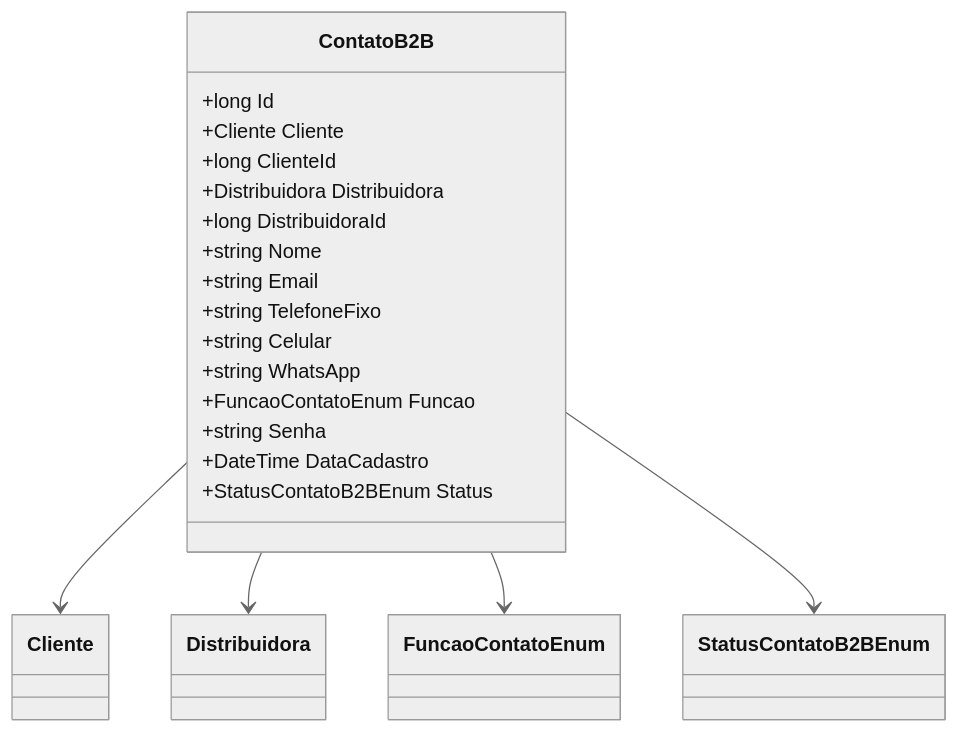
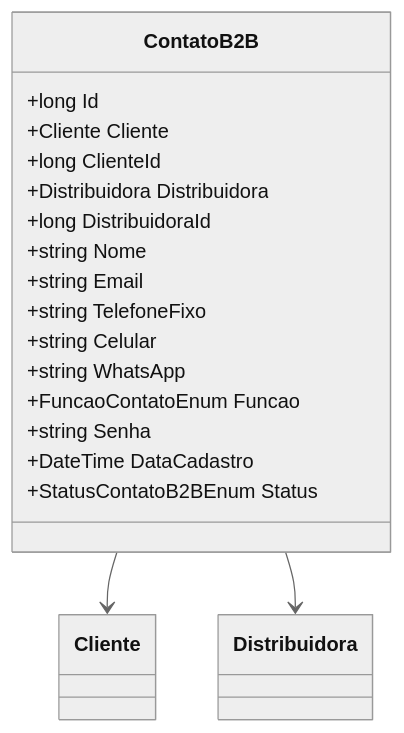
One commit to IsthmusSistemas/documentacao-tecnica changed the diagram in docs/b2b-dominio/IsthmusWinthor.Nucleo/IsthmusWinthor.Dominio/Entidades/ContatoB2B.md. Above: the diagram before and after it, drawn with Mermaid (neutral theme). The commit also changed other lines of this file and 882 other files, not shown here.

````diff
--- a/docs/b2b-dominio/IsthmusWinthor.Nucleo/IsthmusWinthor.Dominio/Entidades/ContatoB2B.md
+++ b/docs/b2b-dominio/IsthmusWinthor.Nucleo/IsthmusWinthor.Dominio/Entidades/ContatoB2B.md
@@ -24,23 +20,28 @@
 ```mermaid
 classDiagram
     class ContatoB2B {
         +long Id
         +Cliente Cliente
         +long ClienteId
         +Distribuidora Distribuidora
         +long DistribuidoraId
         +string Nome
         +string Email
         +string TelefoneFixo
         +string Celular
         +string WhatsApp
         +FuncaoContatoEnum Funcao
         +string Senha
         +DateTime DataCadastro
         +StatusContatoB2BEnum Status
     }
+    
+    class Cliente {
+    }
+    
+    class Distribuidora {
+    }
+    
     ContatoB2B --> Cliente
     ContatoB2B --> Distribuidora
-    ContatoB2B --> FuncaoContatoEnum
-    ContatoB2B --> StatusContatoB2BEnum
 ```
````
